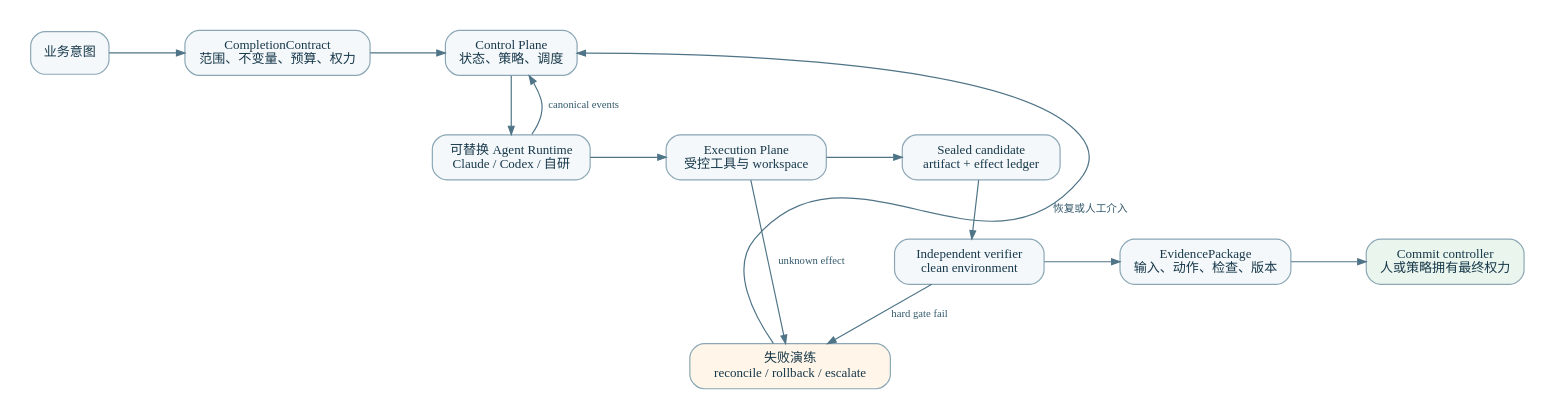
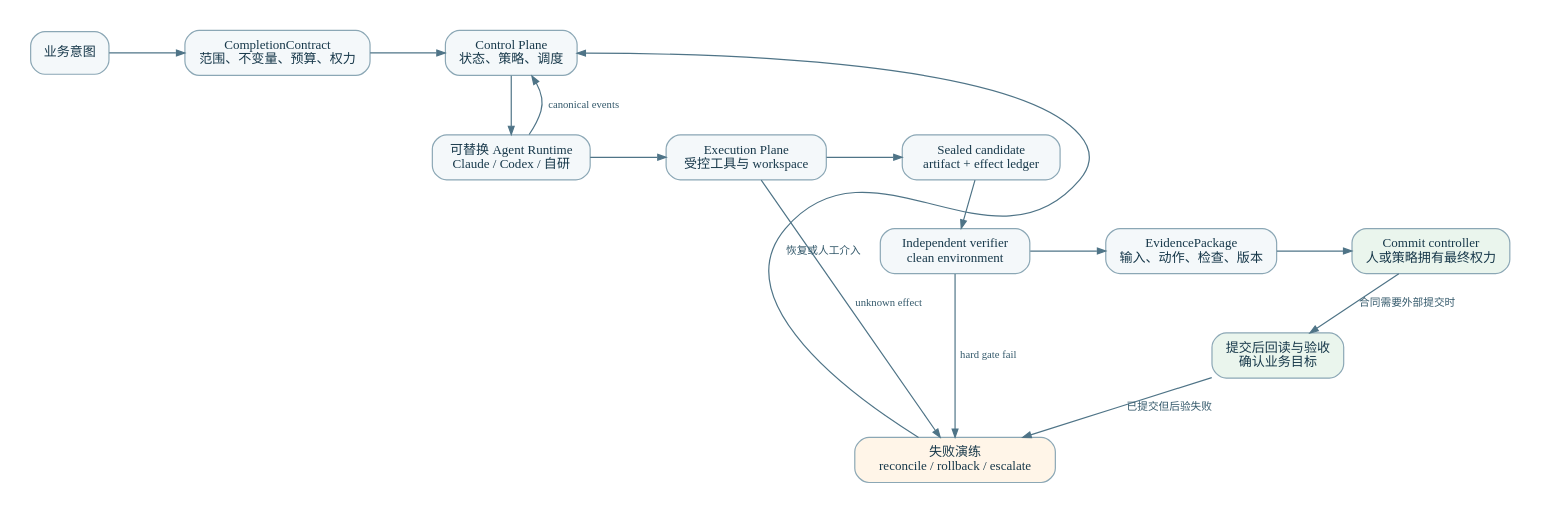
Before and after one commit to LENSHOOD/agent-harness-book: the diagram in publishing/artifacts/assets/diagrams/src/case-common-skeleton.dot, drawn with Graphviz. The commit also changed 2385 other files, not shown here.

```diff
--- a/publishing/artifacts/assets/diagrams/src/case-common-skeleton.dot
+++ b/publishing/artifacts/assets/diagrams/src/case-common-skeleton.dot
@@ -1,26 +1,29 @@
 digraph G {
   graph [rankdir=TB, bgcolor="white", pad=0.25, nodesep=0.45, ranksep=0.55, fontname="PingFang SC"];
   node [shape=box, style="rounded,filled", fontname="PingFang SC", fontsize=11, color="#8BA7B5", fillcolor="#F4F8FA", fontcolor="#17384A", margin="0.14,0.10"];
   edge [fontname="PingFang SC", fontsize=9, color="#4F7487", fontcolor="#34596B", arrowsize=0.7];
 
   intent [label="业务意图"];
   contract [label="CompletionContract\n范围、不变量、预算、权力"];
   control [label="Control Plane\n状态、策略、调度"];
   runtime [label="可替换 Agent Runtime\nClaude / Codex / 自研"];
   execution [label="Execution Plane\n受控工具与 workspace"];
   artifact [label="Sealed candidate\nartifact + effect ledger"];
   verify [label="Independent verifier\nclean environment"];
   evidence [label="EvidencePackage\n输入、动作、检查、版本"];
   commit [label="Commit controller\n人或策略拥有最终权力", fillcolor="#EAF5ED"];
+  post [label="提交后回读与验收\n确认业务目标", fillcolor="#EAF5ED"];
   failure [label="失败演练\nreconcile / rollback / escalate", fillcolor="#FFF5E8"];
 
   { rank=same; intent; contract; control; }
   { rank=same; runtime; execution; artifact; }
   { rank=same; verify; evidence; commit; }
 
   intent -> contract -> control -> runtime -> execution -> artifact -> verify -> evidence -> commit;
+  commit -> post [label="合同需要外部提交时"];
+  post -> failure [label="已提交但后验失败"];
   runtime -> control [label="canonical events", constraint=false];
   execution -> failure [label="unknown effect"];
   verify -> failure [label="hard gate fail"];
   failure -> control [label="恢复或人工介入", constraint=false];
 }
```
